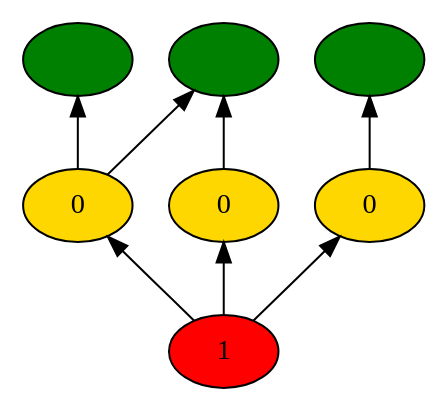
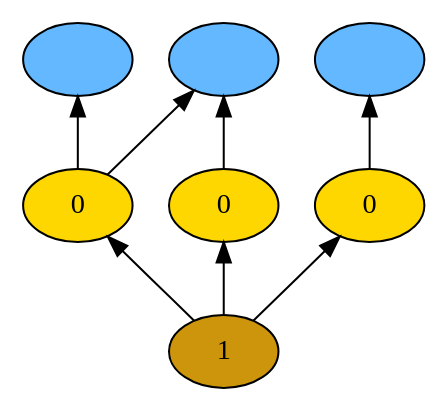
Before and after one commit to probcomp/Venturecxx: the diagram in backend/cxx/pdf_graphs/tutorial_1/dot10.dot, drawn with Graphviz. The commit also changed 108 other files, not shown here.

```diff
--- a/backend/cxx/pdf_graphs/tutorial_1/dot10.dot
+++ b/backend/cxx/pdf_graphs/tutorial_1/dot10.dot
@@ -1,18 +1,18 @@
 digraph {
 rankdir=BT
 fontsize=24
-1["shape" ="ellipse" "style" ="filled" "fillcolor" ="red" "label" ="1" ]
+1["shape" ="ellipse" "style" ="filled" "fillcolor" ="darkgoldenrod3" "label" ="1" ]
 2["shape" ="ellipse" "style" ="filled" "fillcolor" ="gold" "label" ="0" ]
 3["shape" ="ellipse" "style" ="filled" "fillcolor" ="gold" "label" ="0" ]
 4["shape" ="ellipse" "style" ="filled" "fillcolor" ="gold" "label" ="0" ]
-5["shape" ="ellipse" "style" ="filled" "fillcolor" ="green" "label" ="" ]
-6["shape" ="ellipse" "style" ="filled" "fillcolor" ="green" "label" ="" ]
-7["shape" ="ellipse" "style" ="filled" "fillcolor" ="green" "label" ="" ]
+5["shape" ="ellipse" "style" ="filled" "fillcolor" ="steelblue1" "label" ="" ]
+6["shape" ="ellipse" "style" ="filled" "fillcolor" ="steelblue1" "label" ="" ]
+7["shape" ="ellipse" "style" ="filled" "fillcolor" ="steelblue1" "label" ="" ]
 1 -> 2["color" ="black" "style" ="solid" "arrowhead" ="normal" ]
 1 -> 3["color" ="black" "style" ="solid" "arrowhead" ="normal" ]
 1 -> 4["color" ="black" "style" ="solid" "arrowhead" ="normal" ]
 2 -> 5["color" ="black" "style" ="solid" "arrowhead" ="normal" ]
 2 -> 6["color" ="black" "style" ="solid" "arrowhead" ="normal" ]
 3 -> 6["color" ="black" "style" ="solid" "arrowhead" ="normal" ]
 4 -> 7["color" ="black" "style" ="solid" "arrowhead" ="normal" ]
 }
```
